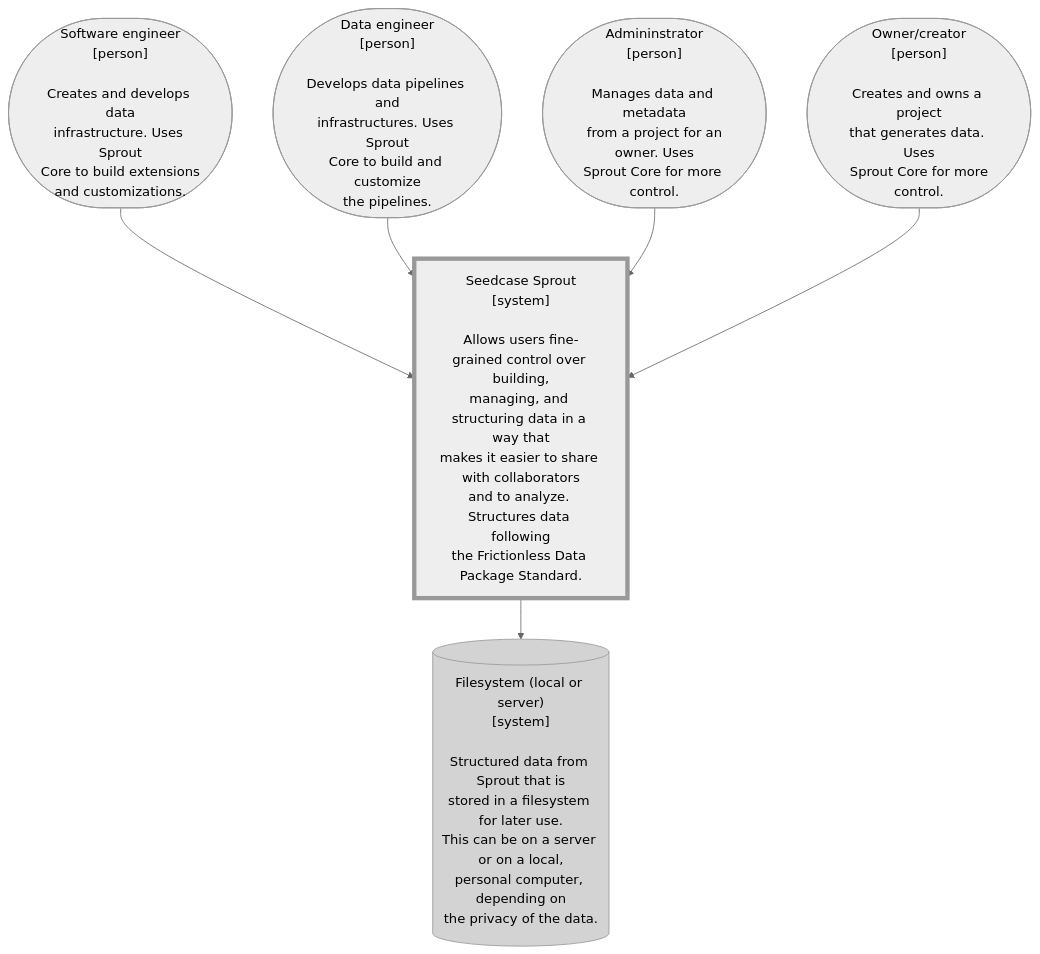
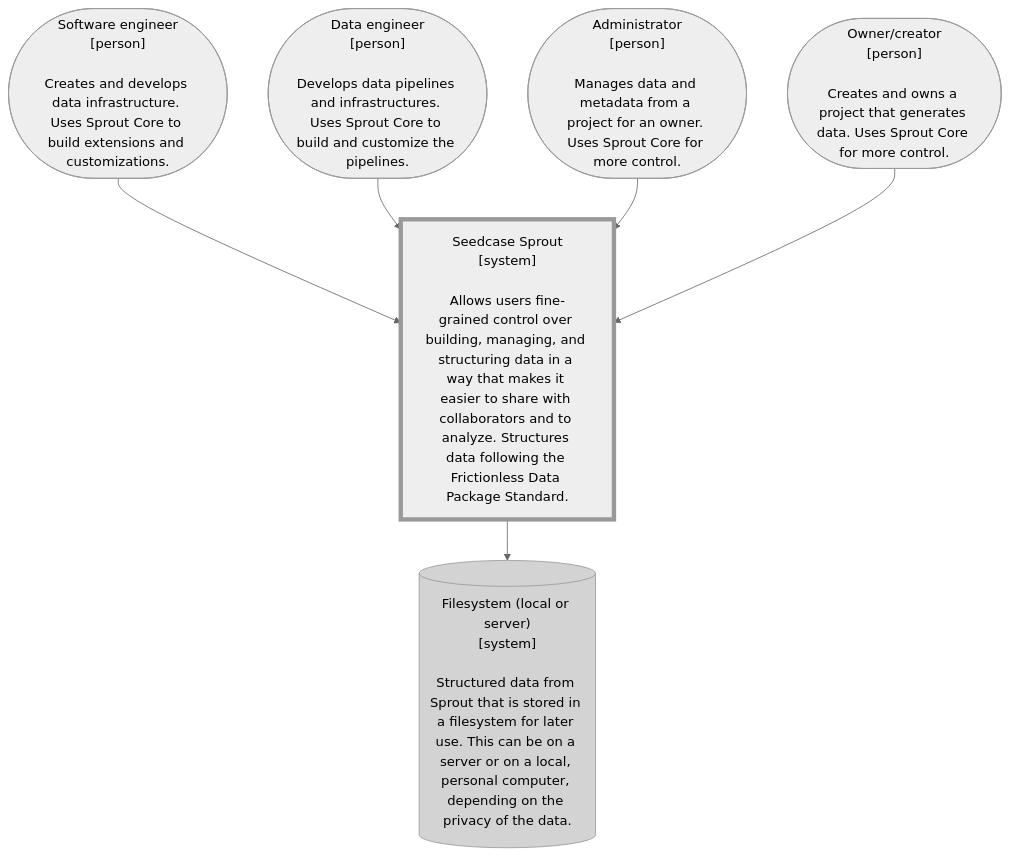
Before and after one commit to seedcase-project/seedcase-sprout: the first of 2 diagrams in docs/design/architecture/c4-models.qmd, drawn with Mermaid (neutral theme). The commit also changed other lines of this file, not shown here.

Commit message:
docs: :bug: need to use <br> not `\n` in Mermaid

````diff
--- a/docs/design/architecture/c4-models.qmd
+++ b/docs/design/architecture/c4-models.qmd
@@ -22,19 +22,19 @@
 ```{mermaid}
 %%| fig-cap: "C4 Context diagram showing a very basic overview of Sprout and its anticipated users."
 flowchart TB
-    user_owner(["Owner/creator\n[person]\n\nCreates and owns a project\nthat generates data. Uses\nSprout Core for more\ncontrol."])
-    user_admin(["Admininstrator\n[person]\n\nManages data and metadata\n from a project for an owner. Uses\nSprout Core for more control."])
-    user_swe(["Software engineer\n[person]\n\nCreates and develops data\ninfrastructure. Uses Sprout\nCore to build extensions\nand customizations."])
-    user_de(["Data engineer\n[person]\n\nDevelops data pipelines and\ninfrastructures. Uses Sprout\nCore to build and customize\nthe pipelines."])
-    sprout["Seedcase Sprout\n[system]\n\nAllows users fine-grained control over building,\nmanaging, and structuring data in a way that\nmakes it easier to share with collaborators\nand to analyze. Structures data following\nthe Frictionless Data Package Standard."]
-    output[("Filesystem (local or server)\n[system]\n\nStructured data from Sprout that is\nstored in a filesystem for later use.\nThis can be on a server or on a local,\npersonal computer, depending on\nthe privacy of the data.")]
+    user_owner(["Owner/creator<br>[person]<br><br>Creates and owns a project that generates data. Uses Sprout Core for more control."])
+    user_admin(["Administrator<br>[person]<br><br>Manages data and metadata from a project for an owner. Uses Sprout Core for more control."])
+    user_swe(["Software engineer<br>[person]<br><br>Creates and develops data infrastructure. Uses Sprout Core to build extensions and customizations."])
+    user_de(["Data engineer<br>[person]<br><br>Develops data pipelines and infrastructures. Uses Sprout Core to build and customize the pipelines."])
+    sprout["Seedcase Sprout<br>[system]<br><br>Allows users fine-grained control over building, managing, and structuring data in a way that makes it easier to share with collaborators and to analyze. Structures data following the Frictionless Data Package Standard."]
+    output[("Filesystem (local or server)<br>[system]<br><br>Structured data from Sprout that is stored in a filesystem for later use. This can be on a server or on a local, personal computer, depending on the privacy of the data.")]
 
     user_swe --> sprout:::system
     user_de --> sprout
     user_admin --> sprout
     user_owner --> sprout
     sprout --> output:::external
 
     classDef system stroke-width:4pt
     classDef external fill:lightgrey
 ```
````
